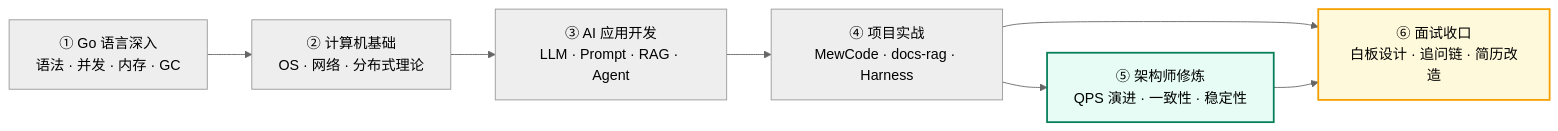
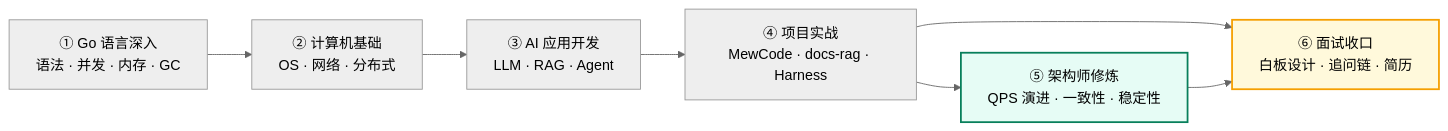
One commit to Bin-hy/go-campus changed the diagram in README.md. Above: the diagram before and after it, drawn with Mermaid (neutral theme). The commit also changed other lines of this file and 4 other files, not shown here.

````diff
--- a/README.md
+++ b/README.md
@@ -63,11 +73,11 @@
 ```mermaid
 flowchart LR
-    A["① Go 语言深入<br/>语法 · 并发 · 内存 · GC"] --> B["② 计算机基础<br/>OS · 网络 · 分布式理论"]
-    B --> C["③ AI 应用开发<br/>LLM · Prompt · RAG · Agent"]
+    A["① Go 语言深入<br/>语法 · 并发 · 内存 · GC"] --> B["② 计算机基础<br/>OS · 网络 · 分布式"]
+    B --> C["③ AI 应用开发<br/>LLM · RAG · Agent"]
     C --> D["④ 项目实战<br/>MewCode · docs-rag · Harness"]
     D --> E["⑤ 架构师修炼<br/>QPS 演进 · 一致性 · 稳定性"]
-    D --> F["⑥ 面试收口<br/>白板设计 · 追问链 · 简历改造"]
+    D --> F["⑥ 面试收口<br/>白板设计 · 追问链 · 简历"]
     E --> F
     style E fill:#e6fcf5,stroke:#087f5b,stroke-width:2px
     style F fill:#fff9db,stroke:#f59f00,stroke-width:2px
 ```
````
